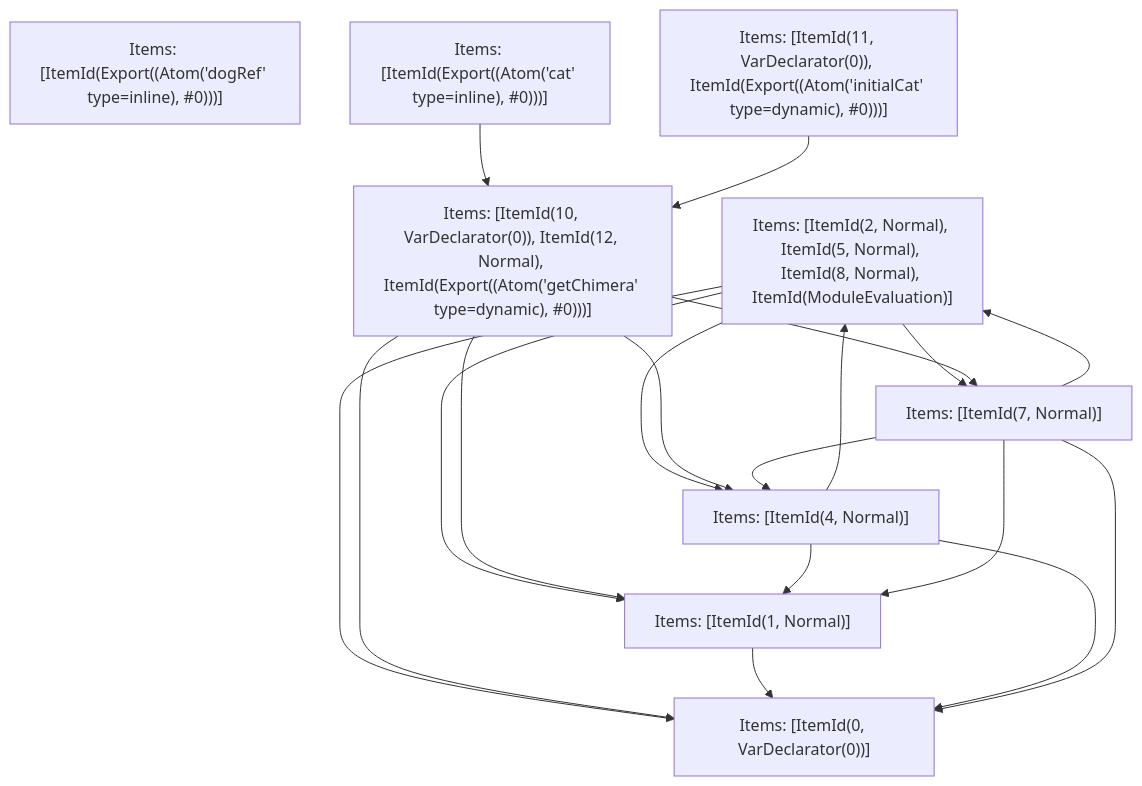
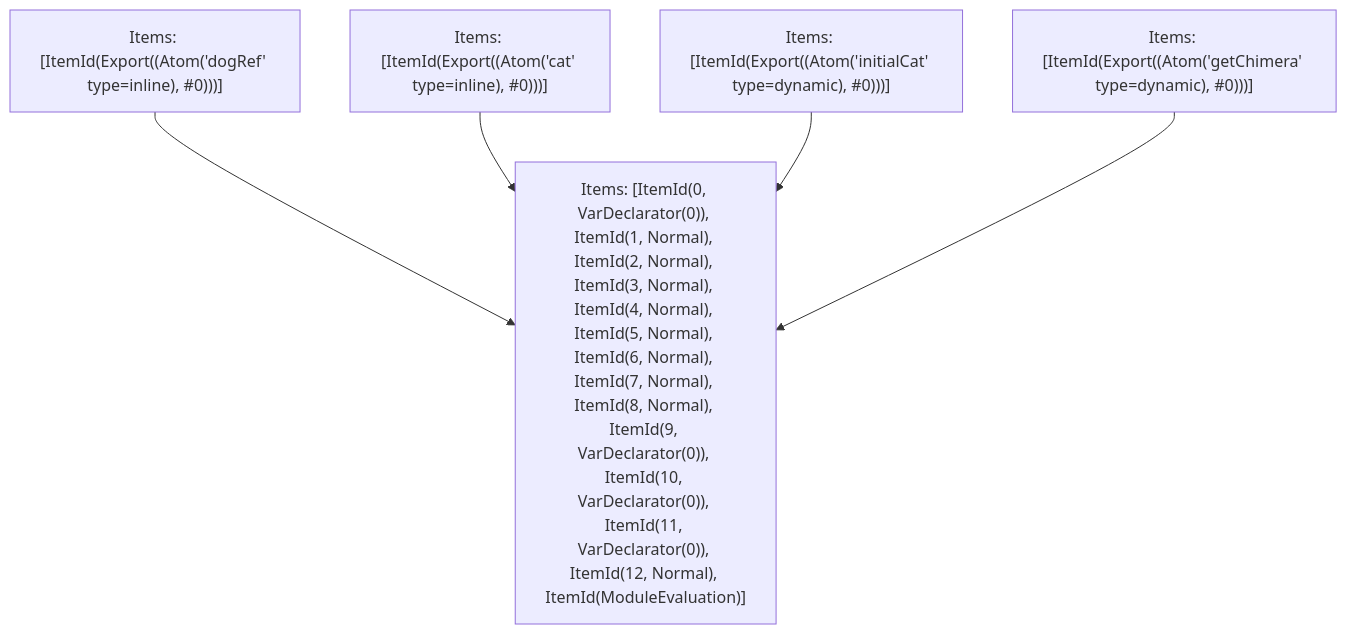
Before and after one commit to vercel/turborepo: the fifth of 5 diagrams in crates/turbopack-ecmascript/tests/tree-shaker/analyzer/complex/output.md, drawn with Mermaid. The commit also changed other lines of this file and 3 other files, not shown here.

````diff
--- a/crates/turbopack-ecmascript/tests/tree-shaker/analyzer/complex/output.md
+++ b/crates/turbopack-ecmascript/tests/tree-shaker/analyzer/complex/output.md
@@ -373,30 +383,12 @@
 ```mermaid
 graph TD
-    N0["Items: [ItemId(2, Normal), ItemId(5, Normal), ItemId(8, Normal), ItemId(ModuleEvaluation)]"];
+    N0["Items: [ItemId(0, VarDeclarator(0)), ItemId(1, Normal), ItemId(2, Normal), ItemId(3, Normal), ItemId(4, Normal), ItemId(5, Normal), ItemId(6, Normal), ItemId(7, Normal), ItemId(8, Normal), ItemId(9, VarDeclarator(0)), ItemId(10, VarDeclarator(0)), ItemId(11, VarDeclarator(0)), ItemId(12, Normal), ItemId(ModuleEvaluation)]"];
     N1["Items: [ItemId(Export((Atom('dogRef' type=inline), #0)))]"];
     N2["Items: [ItemId(Export((Atom('cat' type=inline), #0)))]"];
-    N3["Items: [ItemId(11, VarDeclarator(0)), ItemId(Export((Atom('initialCat' type=dynamic), #0)))]"];
-    N4["Items: [ItemId(10, VarDeclarator(0)), ItemId(12, Normal), ItemId(Export((Atom('getChimera' type=dynamic), #0)))]"];
-    N5["Items: [ItemId(0, VarDeclarator(0))]"];
-    N6["Items: [ItemId(1, Normal)]"];
-    N7["Items: [ItemId(4, Normal)]"];
-    N8["Items: [ItemId(7, Normal)]"];
-    N0 --> N5;
-    N0 --> N6;
-    N0 --> N7;
-    N0 --> N8;
-    N2 --> N4;
-    N3 --> N4;
-    N4 --> N5;
-    N4 --> N6;
-    N4 --> N7;
-    N4 --> N8;
-    N6 --> N5;
-    N7 --> N5;
-    N7 --> N6;
-    N7 --> N0;
-    N8 --> N5;
-    N8 --> N6;
-    N8 --> N7;
-    N8 --> N0;
+    N3["Items: [ItemId(Export((Atom('initialCat' type=dynamic), #0)))]"];
+    N4["Items: [ItemId(Export((Atom('getChimera' type=dynamic), #0)))]"];
+    N1 --> N0;
+    N2 --> N0;
+    N3 --> N0;
+    N4 --> N0;
 ```
````
